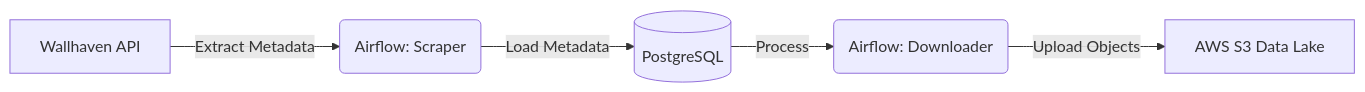
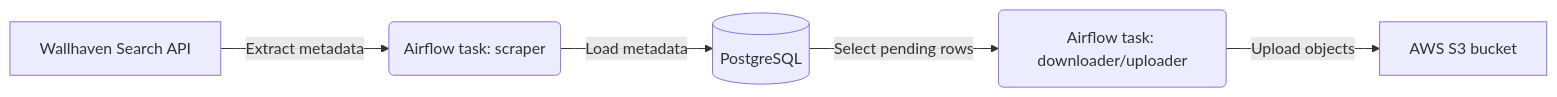
The diagram in README.md (evigalar6/draenei-collector), drawn with Mermaid before and after one commit. The commit also changed other lines of this file, not shown here.

````diff
--- a/README.md
+++ b/README.md
@@ -18,7 +17,7 @@
 ```mermaid
 graph LR
-    A[Wallhaven API] -->|Extract Metadata| B(Airflow: Scraper)
-    B -->|Load Metadata| C[(PostgreSQL)]
-    C -->|Process| D(Airflow: Downloader)
-    D -->|Upload Objects| E[AWS S3 Data Lake]
+    A[Wallhaven Search API] -->|Extract metadata| B(Airflow task: scraper)
+    B -->|Load metadata| C[(PostgreSQL)]
+    C -->|Select pending rows| D(Airflow task: downloader/uploader)
+    D -->|Upload objects| E[AWS S3 bucket]
 ```
````
